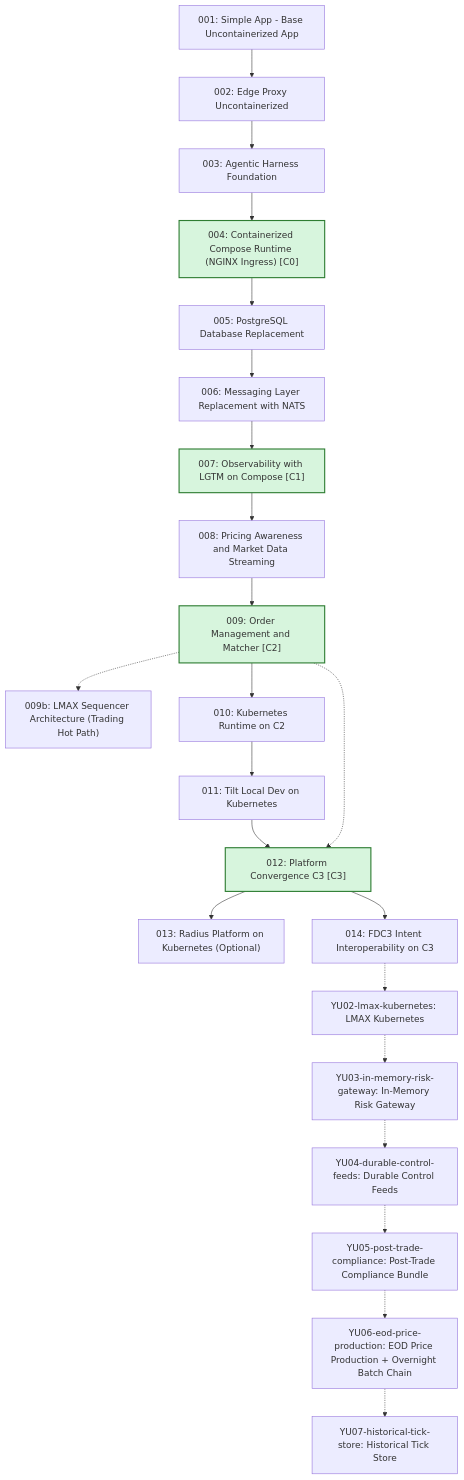
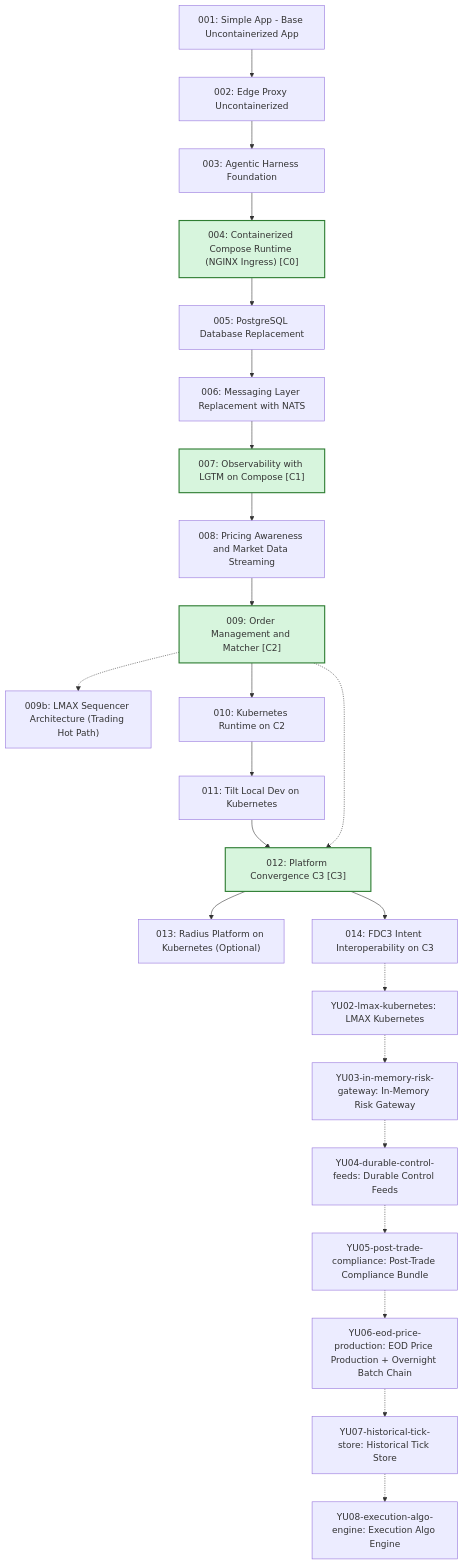
One commit to YU-CS-Summer-2026-Distributed-TraderX/traderX changed the second of 3 diagrams in docs/learning-paths/index.md. Above: the diagram before and after it, drawn with Mermaid. The commit also changed other lines of this file and 18 other files, not shown here.

First line of the commit message:
YU08-execution-algo-engine: wire generation pipeline + k8s manifests

````diff
--- a/docs/learning-paths/index.md
+++ b/docs/learning-paths/index.md
@@ -36,71 +36,74 @@
 ```mermaid
 flowchart TB
   S001_baseline_uncontainerized_parity["001: Simple App - Base Uncontainerized App"]
   S002_edge_proxy_uncontainerized["002: Edge Proxy Uncontainerized"]
   S003_agentic_harness_foundation["003: Agentic Harness Foundation"]
   S004_containerized_compose_runtime["004: Containerized Compose Runtime (NGINX Ingress) [C0]"]
   S005_postgres_database_replacement["005: PostgreSQL Database Replacement"]
   S006_messaging_nats_replacement["006: Messaging Layer Replacement with NATS"]
   S007_observability_lgtm_compose["007: Observability with LGTM on Compose [C1]"]
   S008_pricing_awareness_market_data["008: Pricing Awareness and Market Data Streaming"]
   S009_order_management_matcher["009: Order Management and Matcher [C2]"]
   S009b_lmax_sequencer_architecture["009b: LMAX Sequencer Architecture (Trading Hot Path)"]
   S010_kubernetes_runtime["010: Kubernetes Runtime on C2"]
   S011_tilt_kubernetes_dev_loop["011: Tilt Local Dev on Kubernetes"]
   S012_platform_convergence_c3["012: Platform Convergence C3 [C3]"]
   S013_radius_kubernetes_platform["013: Radius Platform on Kubernetes (Optional)"]
   S014_fdc3_intent_interoperability["014: FDC3 Intent Interoperability on C3"]
   SYU02_lmax_kubernetes["YU02-lmax-kubernetes: LMAX Kubernetes"]
   SYU03_in_memory_risk_gateway["YU03-in-memory-risk-gateway: In-Memory Risk Gateway"]
   SYU04_durable_control_feeds["YU04-durable-control-feeds: Durable Control Feeds"]
   SYU05_post_trade_compliance["YU05-post-trade-compliance: Post-Trade Compliance Bundle"]
   SYU06_eod_price_production["YU06-eod-price-production: EOD Price Production + Overnight Batch Chain"]
   SYU07_historical_tick_store["YU07-historical-tick-store: Historical Tick Store"]
+  SYU08_execution_algo_engine["YU08-execution-algo-engine: Execution Algo Engine"]
   S001_baseline_uncontainerized_parity --> S002_edge_proxy_uncontainerized
   S002_edge_proxy_uncontainerized --> S003_agentic_harness_foundation
   S003_agentic_harness_foundation --> S004_containerized_compose_runtime
   S004_containerized_compose_runtime --> S005_postgres_database_replacement
   S005_postgres_database_replacement --> S006_messaging_nats_replacement
   S006_messaging_nats_replacement --> S007_observability_lgtm_compose
   S007_observability_lgtm_compose --> S008_pricing_awareness_market_data
   S008_pricing_awareness_market_data --> S009_order_management_matcher
   S009_order_management_matcher -.-> S009b_lmax_sequencer_architecture
   S009_order_management_matcher --> S010_kubernetes_runtime
   S010_kubernetes_runtime --> S011_tilt_kubernetes_dev_loop
   S011_tilt_kubernetes_dev_loop --> S012_platform_convergence_c3
   S012_platform_convergence_c3 --> S013_radius_kubernetes_platform
   S012_platform_convergence_c3 --> S014_fdc3_intent_interoperability
   S014_fdc3_intent_interoperability -.-> SYU02_lmax_kubernetes
   SYU02_lmax_kubernetes -.-> SYU03_in_memory_risk_gateway
   SYU03_in_memory_risk_gateway -.-> SYU04_durable_control_feeds
   SYU04_durable_control_feeds -.-> SYU05_post_trade_compliance
   SYU05_post_trade_compliance -.-> SYU06_eod_price_production
   SYU06_eod_price_production -.-> SYU07_historical_tick_store
+  SYU07_historical_tick_store -.-> SYU08_execution_algo_engine
   S009_order_management_matcher -.-> S012_platform_convergence_c3
   click S001_baseline_uncontainerized_parity href "/specs/baseline-uncontainerized-parity" "Open State 001 Spec Pack"
   click S002_edge_proxy_uncontainerized href "/specs/edge-proxy-uncontainerized" "Open State 002 Spec Pack"
   click S003_agentic_harness_foundation href "/specs/agentic-harness-foundation" "Open State 003 Spec Pack"
   click S004_containerized_compose_runtime href "/specs/containerized-compose-runtime" "Open State 004 Spec Pack"
   click S005_postgres_database_replacement href "/specs/postgres-database-replacement" "Open State 005 Spec Pack"
   click S006_messaging_nats_replacement href "/specs/messaging-nats-replacement" "Open State 006 Spec Pack"
   click S007_observability_lgtm_compose href "/specs/observability-lgtm-compose" "Open State 007 Spec Pack"
   click S008_pricing_awareness_market_data href "/specs/pricing-awareness-market-data" "Open State 008 Spec Pack"
   click S009_order_management_matcher href "/specs/order-management-matcher" "Open State 009 Spec Pack"
   click S009b_lmax_sequencer_architecture href "/specs/lmax-sequencer-architecture" "Open State 009b Spec Pack"
   click S010_kubernetes_runtime href "/specs/kubernetes-runtime" "Open State 010 Spec Pack"
   click S011_tilt_kubernetes_dev_loop href "/specs/tilt-kubernetes-dev-loop" "Open State 011 Spec Pack"
   click S012_platform_convergence_c3 href "/specs/platform-convergence-c3" "Open State 012 Spec Pack"
   click S013_radius_kubernetes_platform href "/specs/radius-kubernetes-platform" "Open State 013 Spec Pack"
   click S014_fdc3_intent_interoperability href "/specs/fdc3-intent-interoperability" "Open State 014 Spec Pack"
   click SYU02_lmax_kubernetes href "/specs/YU02-lmax-kubernetes" "Open State YU02-lmax-kubernetes Spec Pack"
   click SYU03_in_memory_risk_gateway href "/specs/YU03-in-memory-risk-gateway" "Open State YU03-in-memory-risk-gateway Spec Pack"
   click SYU04_durable_control_feeds href "/specs/YU04-durable-control-feeds" "Open State YU04-durable-control-feeds Spec Pack"
   click SYU05_post_trade_compliance href "/specs/YU05-post-trade-compliance" "Open State YU05-post-trade-compliance Spec Pack"
   click SYU06_eod_price_production href "/specs/YU06-eod-price-production" "Open State YU06-eod-price-production Spec Pack"
   click SYU07_historical_tick_store href "/specs/YU07-historical-tick-store" "Open State YU07-historical-tick-store Spec Pack"
+  click SYU08_execution_algo_engine href "/specs/YU08-execution-algo-engine" "Open State YU08-execution-algo-engine Spec Pack"
   classDef convergence fill:#d7f5dd,stroke:#2e7d32,stroke-width:2px
   class S004_containerized_compose_runtime convergence
   class S007_observability_lgtm_compose convergence
   class S009_order_management_matcher convergence
   class S012_platform_convergence_c3 convergence
 ```
````
